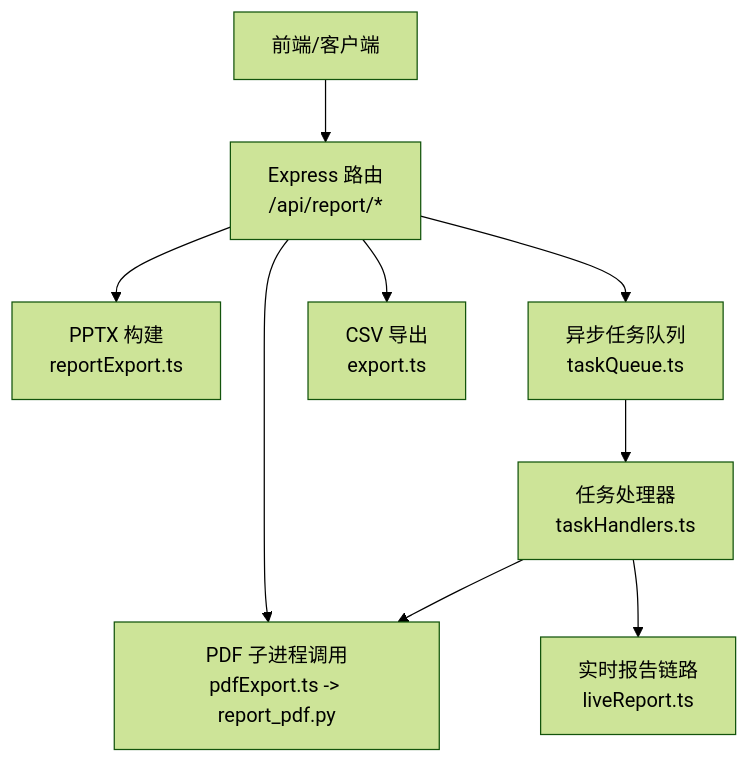
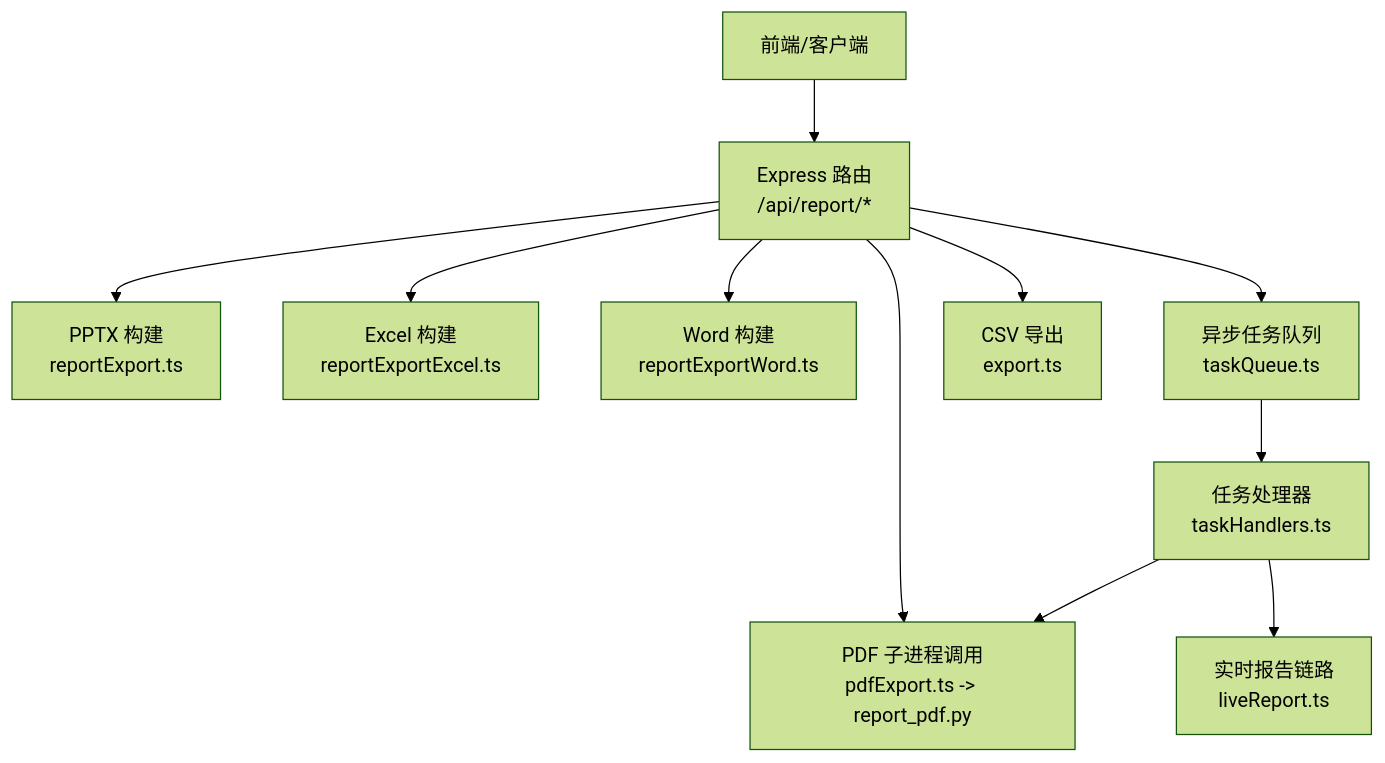
One commit to dgjin/smart-data-analytics changed the first of 8 diagrams in .qoder/repowiki/zh/content/报表中心/导出功能.md. Above: the diagram before and after it, drawn with Mermaid (forest theme). The commit also changed other lines of this file and 82 other files, not shown here.

````diff
--- a/.qoder/repowiki/zh/content/报表中心/导出功能.md
+++ b/.qoder/repowiki/zh/content/报表中心/导出功能.md
@@ -38,11 +51,13 @@
 ```mermaid
 graph TB
 Client["前端/客户端"] --> API["Express 路由<br/>/api/report/*"]
 API --> Pptx["PPTX 构建<br/>reportExport.ts"]
+API --> Excel["Excel 构建<br/>reportExportExcel.ts"]
+API --> Word["Word 构建<br/>reportExportWord.ts"]
 API --> PdfProc["PDF 子进程调用<br/>pdfExport.ts -> report_pdf.py"]
 API --> TaskQ["异步任务队列<br/>taskQueue.ts"]
 TaskQ --> Handler["任务处理器<br/>taskHandlers.ts"]
 Handler --> PdfProc
 Handler --> LiveReport["实时报告链路<br/>liveReport.ts"]
 API --> Csv["CSV 导出<br/>export.ts"]
 ```
````
